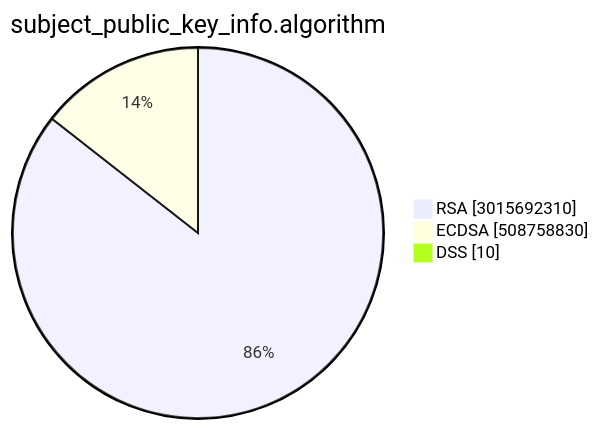
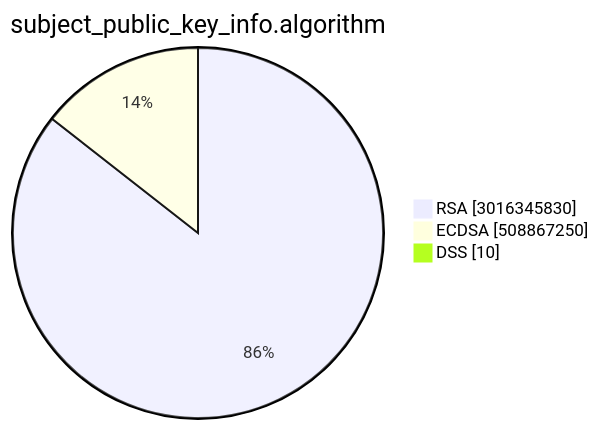
One commit to christiankrug/ctmonitor_visualization changed the second of 15 diagrams in TOTAL/README.md. Above: the diagram before and after it, drawn with Mermaid. The commit also changed other lines of this file, not shown here.

````diff
--- a/TOTAL/README.md
+++ b/TOTAL/README.md
@@ -6,7 +6,7 @@
 ```mermaid
 pie showData
 title subject_public_key_info.algorithm
-"RSA" :3015692310
-"ECDSA" :508758830
+"RSA" :3016345830
+"ECDSA" :508867250
 "DSS" :10
 ```
````
